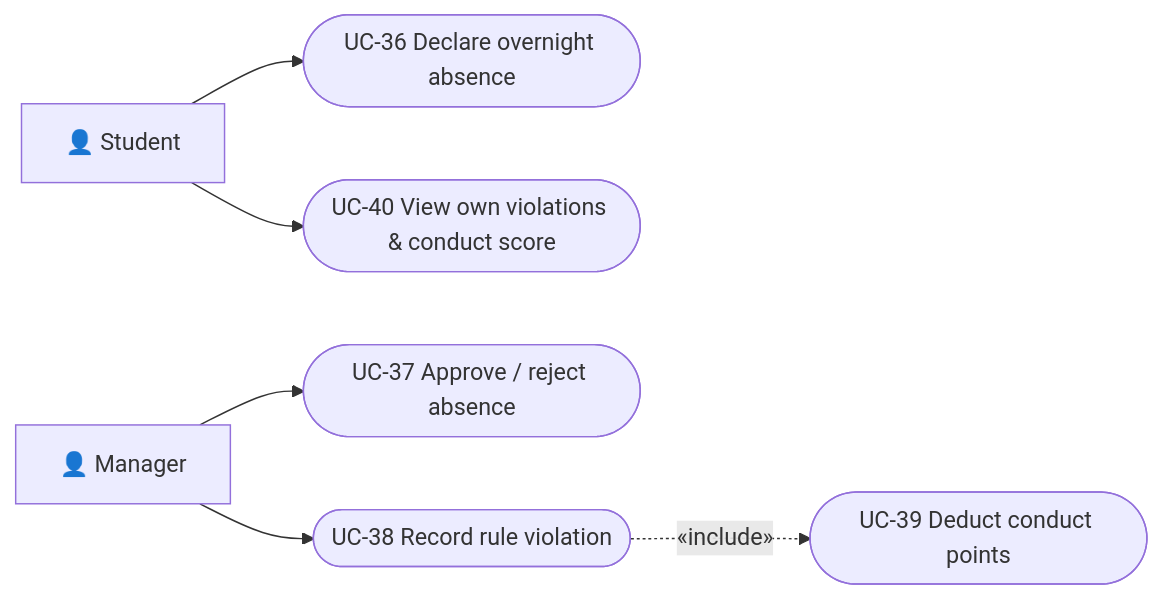
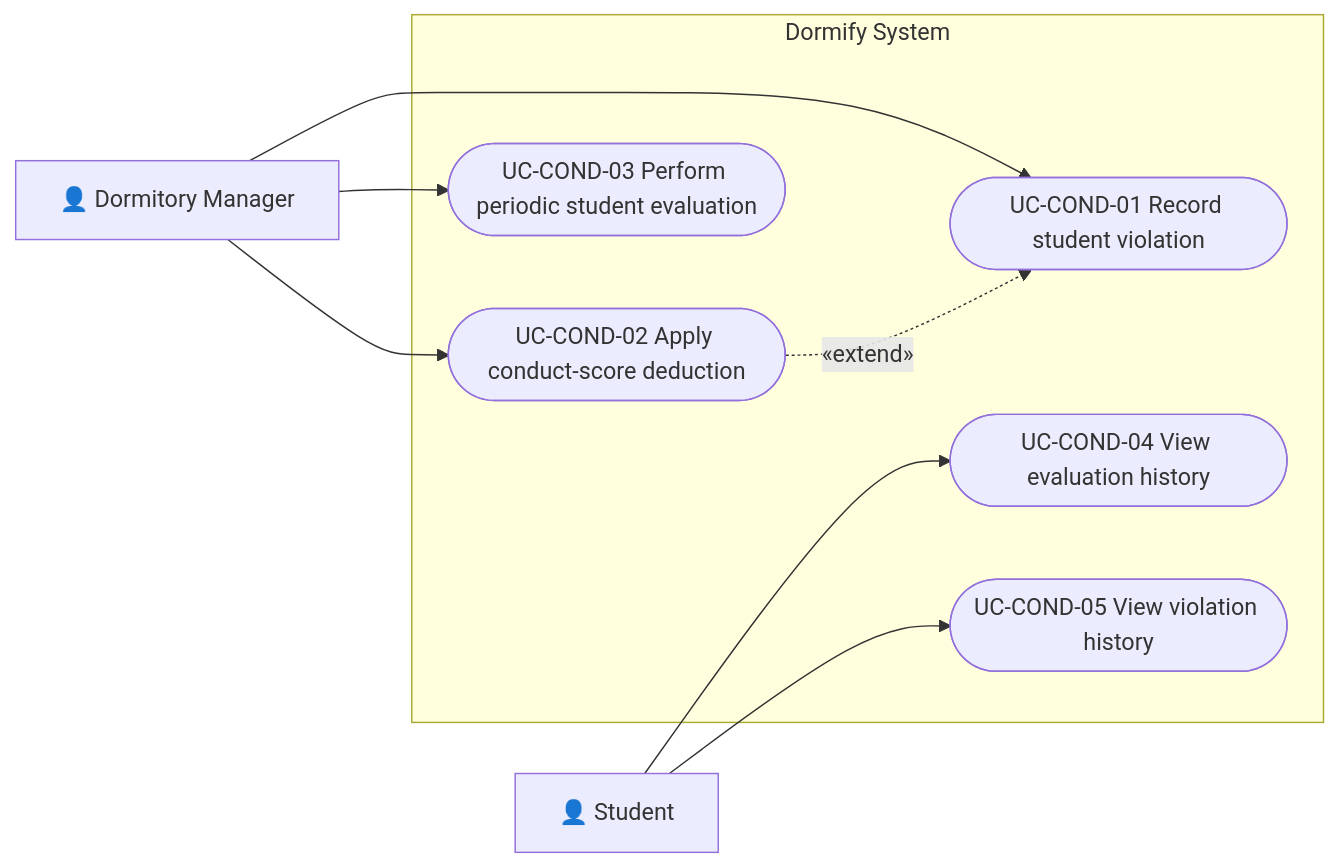
Before and after one commit to ddanh2436/Domitory_Management_Docs: diagram 11 of 12 in docs/analysis-and-design/use-case-model.md, drawn with Mermaid. The commit also changed other lines of this file, not shown here.

````diff
--- a/docs/analysis-and-design/use-case-model.md
+++ b/docs/analysis-and-design/use-case-model.md
@@ -178,18 +532,22 @@
 ```mermaid
 flowchart LR
     Student["👤 Student"]
-    Manager["👤 Manager"]
+    DormManager["👤 Dormitory Manager"]
 
-    UC36(["UC-36 Declare overnight absence"])
-    UC37(["UC-37 Approve / reject absence"])
-    UC38(["UC-38 Record rule violation"])
-    UC39(["UC-39 Deduct conduct points"])
-    UC40(["UC-40 View own violations & conduct score"])
+    subgraph Dormify["Dormify System"]
+        UCC01(["UC-COND-01 Record student violation"])
+        UCC02(["UC-COND-02 Apply conduct-score deduction"])
+        UCC03(["UC-COND-03 Perform periodic student evaluation"])
+        UCC04(["UC-COND-04 View evaluation history"])
+        UCC05(["UC-COND-05 View violation history"])
+    end
 
-    Student --> UC36
-    Manager --> UC37
-    Manager --> UC38
-    Student --> UC40
+    DormManager --> UCC01
+    DormManager --> UCC02
+    DormManager --> UCC03
 
-    UC38 -.->|«include»| UC39
+    Student --> UCC04
+    Student --> UCC05
+
+    UCC02 -.->|«extend»| UCC01
 ```
````
